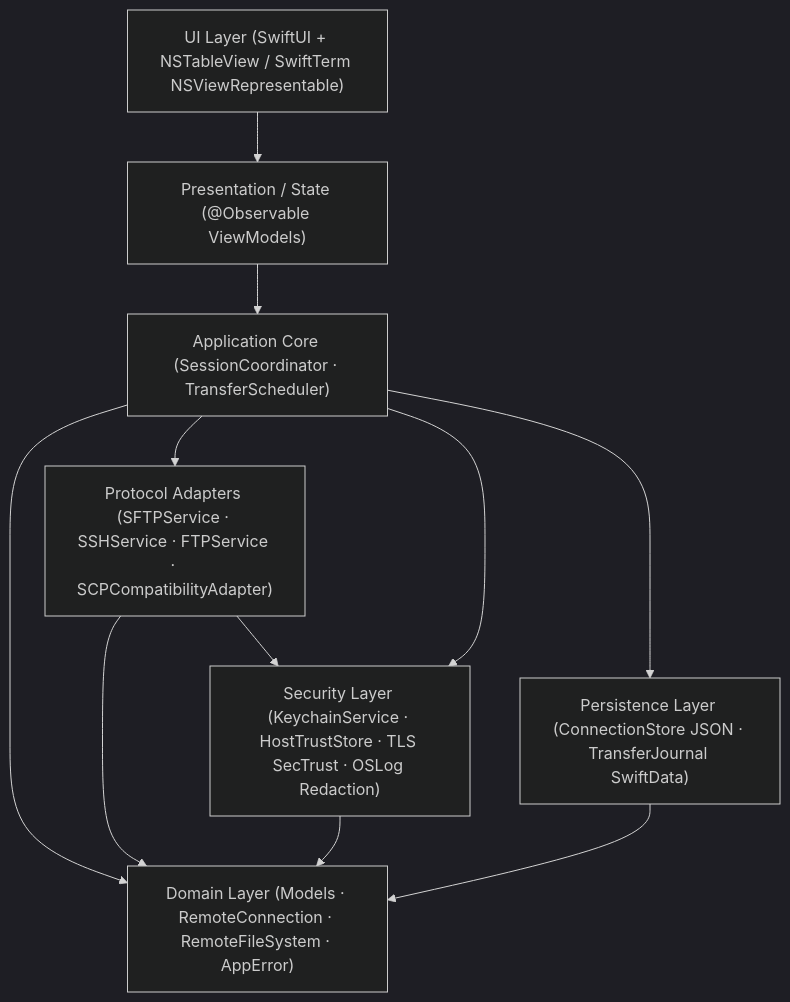
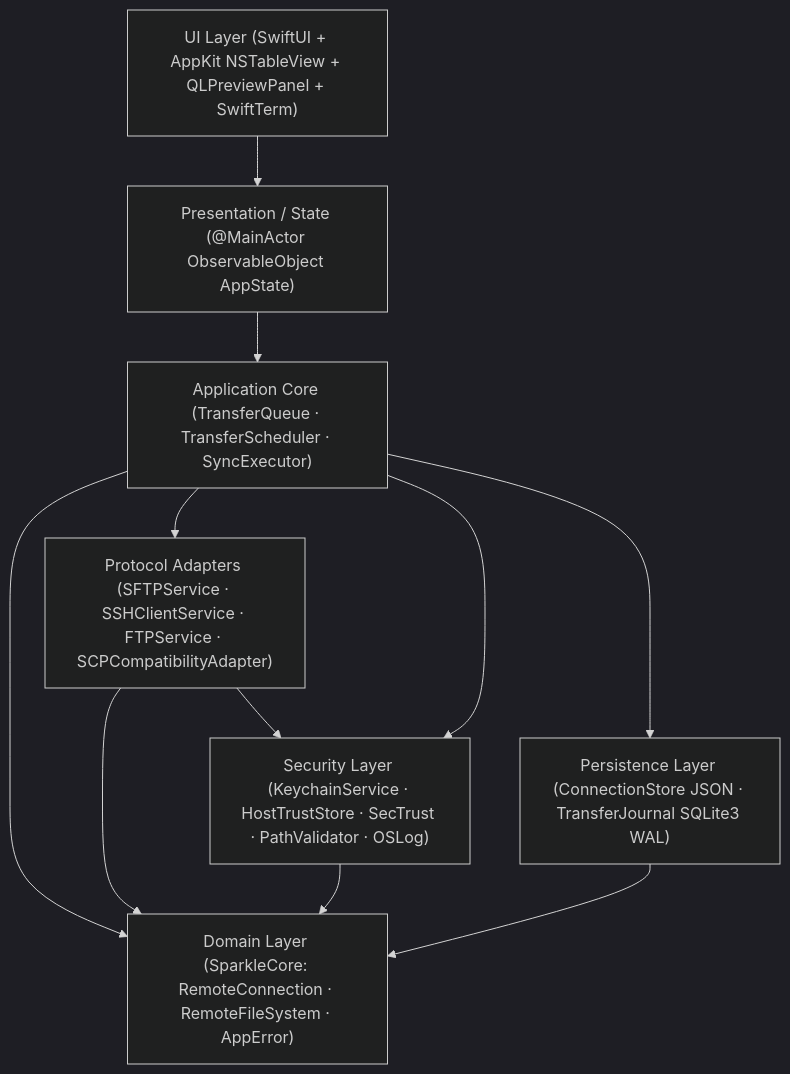
The diagram in docs/ARCHITECTURE.md (alsyundawy/SparkleSFTP), drawn with Mermaid (dark theme) before and after one commit. The commit also changed other lines of this file and 15 other files, not shown here.

Commit message:
docs: finalize SparkleSFTP architecture, ADRs, specs, security model, and task lists

````diff
--- a/docs/ARCHITECTURE.md
+++ b/docs/ARCHITECTURE.md
@@ -10,21 +10,21 @@
 ```mermaid
 flowchart TD
-    UI["UI Layer (SwiftUI + NSTableView / SwiftTerm NSViewRepresentable)"]
-    VM["Presentation / State (@Observable ViewModels)"]
-    APP["Application Core (SessionCoordinator · TransferScheduler)"]
-    DOM["Domain Layer (Models · RemoteConnection · RemoteFileSystem · AppError)"]
-    PA["Protocol Adapters (SFTPService · SSHService · FTPService · SCPCompatibilityAdapter)"]
-    SEC["Security Layer (KeychainService · HostTrustStore · TLS SecTrust · OSLog Redaction)"]
-    PERS["Persistence Layer (ConnectionStore JSON · TransferJournal SwiftData)"]
+    UI["UI Layer (SwiftUI + AppKit NSTableView + QLPreviewPanel + SwiftTerm)"]
+    VM["Presentation / State (@MainActor ObservableObject AppState)"]
+    APP["Application Core (TransferQueue · TransferScheduler · SyncExecutor)"]
+    DOM["Domain Layer (SparkleCore: RemoteConnection · RemoteFileSystem · AppError)"]
+    PA["Protocol Adapters (SFTPService · SSHClientService · FTPService · SCPCompatibilityAdapter)"]
+    SEC["Security Layer (KeychainService · HostTrustStore · SecTrust · PathValidator · OSLog)"]
+    PERS["Persistence Layer (ConnectionStore JSON · TransferJournal SQLite3 WAL)"]
 
     UI --> VM
     VM --> APP
     APP --> DOM
     PA --> DOM
     SEC --> DOM
     PERS --> DOM
     APP --> PA
     APP --> SEC
     APP --> PERS
     PA --> SEC
 ```
````
